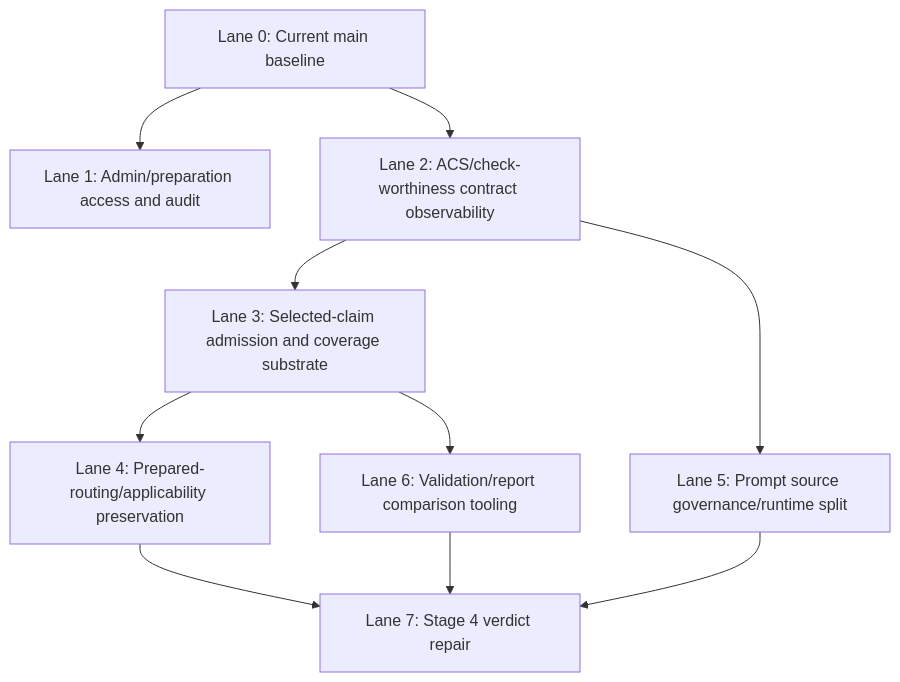
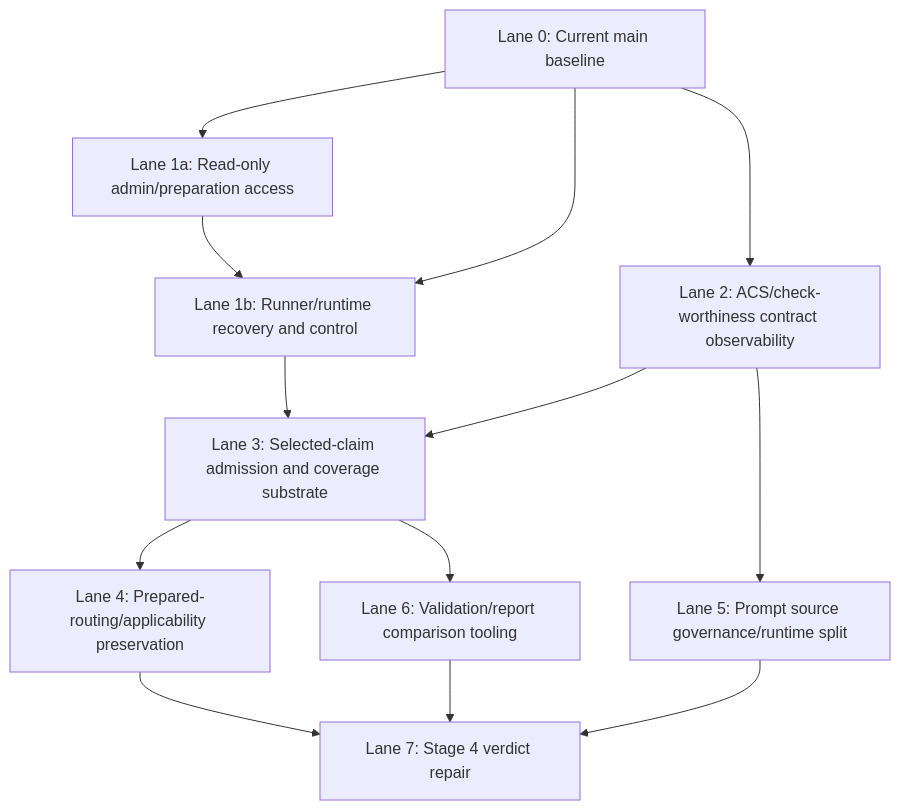
The diagram in Docs/WIP/2026-05-01_Main_Regression_Snapshot_Integration_Plan.md (robertschaub/FactHarbor), drawn with Mermaid before and after one commit. The commit also changed other lines of this file and 1 other file, not shown here.

````diff
--- a/Docs/WIP/2026-05-01_Main_Regression_Snapshot_Integration_Plan.md
+++ b/Docs/WIP/2026-05-01_Main_Regression_Snapshot_Integration_Plan.md
@@ -28,12 +31,15 @@
 ```mermaid
 flowchart TD
-  A["Lane 0: Current main baseline"] --> B["Lane 1: Admin/preparation access and audit"]
+  A["Lane 0: Current main baseline"] --> B1["Lane 1a: Read-only admin/preparation access"]
+  A --> B2["Lane 1b: Runner/runtime recovery and control"]
+  B1 --> B2
   A --> C["Lane 2: ACS/check-worthiness contract observability"]
   C --> D["Lane 3: Selected-claim admission and coverage substrate"]
+  B2 --> D
   D --> E["Lane 4: Prepared-routing/applicability preservation"]
   C --> F["Lane 5: Prompt source governance/runtime split"]
   D --> G["Lane 6: Validation/report comparison tooling"]
   E --> H["Lane 7: Stage 4 verdict repair"]
   F --> H
   G --> H
 ```
````
